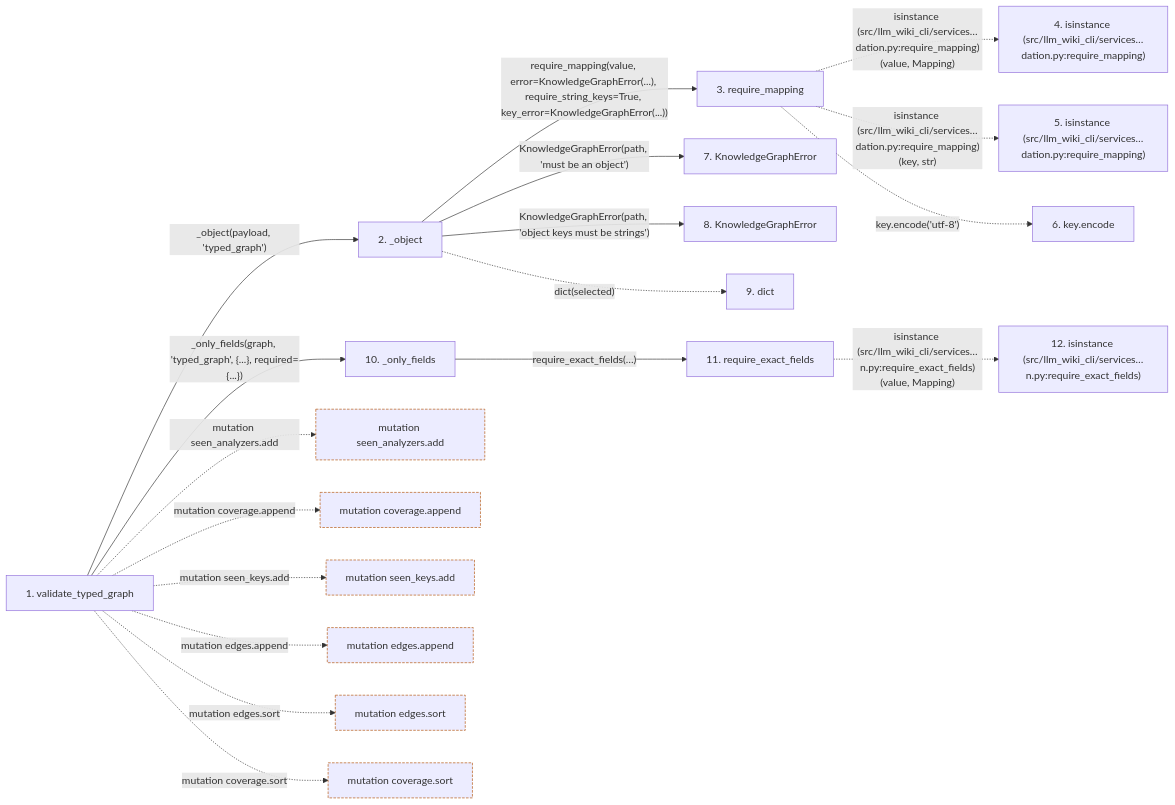
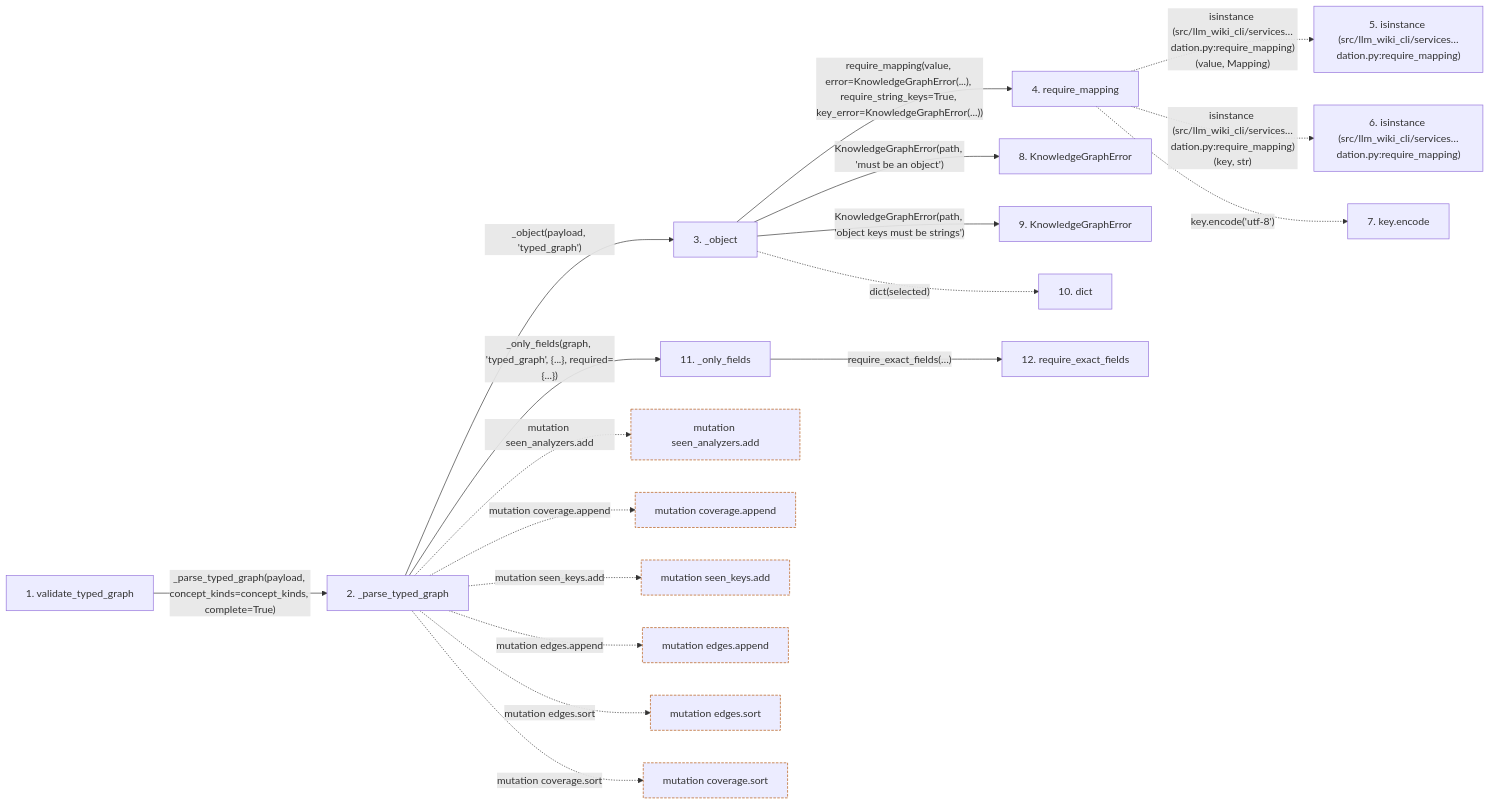
Before and after one commit to Denissvgn/python-wiki-llm: the second of 2 diagrams in docs/llm_wiki/flows/api-validate_typed_graph.md, drawn with Mermaid. The commit also changed other lines of this file and 865 other files, not shown here.

````diff
--- a/docs/llm_wiki/flows/api-validate_typed_graph.md
+++ b/docs/llm_wiki/flows/api-validate_typed_graph.md
@@ -78,52 +78,53 @@
 ```mermaid
 flowchart LR
     s1["1. validate_typed_graph"]
-    s2["2. _object"]
-    s3["3. require_mapping"]
-    s4["4. isinstance (src/llm_wiki_cli/services…dation.py:require_mapping)"]
+    s2["2. _parse_typed_graph"]
+    s3["3. _object"]
+    s4["4. require_mapping"]
     s5["5. isinstance (src/llm_wiki_cli/services…dation.py:require_mapping)"]
-    s6["6. key.encode"]
-    s7["7. KnowledgeGraphError"]
+    s6["6. isinstance (src/llm_wiki_cli/services…dation.py:require_mapping)"]
+    s7["7. key.encode"]
     s8["8. KnowledgeGraphError"]
-    s9["9. dict"]
-    s10["10. _only_fields"]
-    s11["11. require_exact_fields"]
-    s12["12. isinstance (src/llm_wiki_cli/services…n.py:require_exact_fields)"]
-    s1 -->|"_object(payload, 'typed_graph')"| s2
-    s2 -->|"require_mapping(value, error=KnowledgeGraphError(...), require_string_keys=True, key_error=KnowledgeGraphError(...))"| s3
-    s3 -. "isinstance (src/llm_wiki_cli/services…dation.py:require_mapping)(value, Mapping)" .-> s4
-    s3 -. "isinstance (src/llm_wiki_cli/services…dation.py:require_mapping)(key, str)" .-> s5
-    s3 -. "key.encode('utf-8')" .-> s6
-    s2 -->|"KnowledgeGraphError(path, 'must be an object')"| s7
-    s2 -->|"KnowledgeGraphError(path, 'object keys must be strings')"| s8
-    s2 -. "dict(selected)" .-> s9
-    s1 -->|"_only_fields(graph, 'typed_graph', {...}, required={...})"| s10
-    s10 -->|"require_exact_fields(…)"| s11
-    s11 -. "isinstance (src/llm_wiki_cli/services…n.py:require_exact_fields)(value, Mapping)" .-> s12
+    s9["9. KnowledgeGraphError"]
+    s10["10. dict"]
+    s11["11. _only_fields"]
+    s12["12. require_exact_fields"]
+    s1 -->|"_parse_typed_graph(payload, concept_kinds=concept_kinds, complete=True)"| s2
+    s2 -->|"_object(payload, 'typed_graph')"| s3
+    s3 -->|"require_mapping(value, error=KnowledgeGraphError(...), require_string_keys=True, key_error=KnowledgeGraphError(...))"| s4
+    s4 -. "isinstance (src/llm_wiki_cli/services…dation.py:require_mapping)(value, Mapping)" .-> s5
+    s4 -. "isinstance (src/llm_wiki_cli/services…dation.py:require_mapping)(key, str)" .-> s6
+    s4 -. "key.encode('utf-8')" .-> s7
+    s3 -->|"KnowledgeGraphError(path, 'must be an object')"| s8
+    s3 -->|"KnowledgeGraphError(path, 'object keys must be strings')"| s9
+    s3 -. "dict(selected)" .-> s10
+    s2 -->|"_only_fields(graph, 'typed_graph', {...}, required={...})"| s11
+    s11 -->|"require_exact_fields(…)"| s12
     b0["mutation seen_analyzers.add"]
-    s1 -. "mutation seen_analyzers.add" .-> b0
+    s2 -. "mutation seen_analyzers.add" .-> b0
     b1["mutation coverage.append"]
-    s1 -. "mutation coverage.append" .-> b1
+    s2 -. "mutation coverage.append" .-> b1
     b2["mutation seen_keys.add"]
-    s1 -. "mutation seen_keys.add" .-> b2
+    s2 -. "mutation seen_keys.add" .-> b2
     b3["mutation edges.append"]
-    s1 -. "mutation edges.append" .-> b3
+    s2 -. "mutation edges.append" .-> b3
     b4["mutation edges.sort"]
-    s1 -. "mutation edges.sort" .-> b4
+    s2 -. "mutation edges.sort" .-> b4
     b5["mutation coverage.sort"]
-    s1 -. "mutation coverage.sort" .-> b5
+    s2 -. "mutation coverage.sort" .-> b5
     click s1 "../modules/knowledge_graph.md"
     click s2 "../modules/knowledge_graph.md"
-    click s3 "../modules/validation.md"
-    click s7 "../modules/knowledge_graph.md"
+    click s3 "../modules/knowledge_graph.md"
+    click s4 "../modules/validation.md"
     click s8 "../modules/knowledge_graph.md"
-    click s10 "../modules/knowledge_graph.md"
-    click s11 "../modules/validation.md"
+    click s9 "../modules/knowledge_graph.md"
+    click s11 "../modules/knowledge_graph.md"
+    click s12 "../modules/validation.md"
     classDef boundary stroke:#b45309,stroke-dasharray: 4 2
     class b0 boundary
     class b1 boundary
     class b2 boundary
     class b3 boundary
     class b4 boundary
     class b5 boundary
 ```
````
